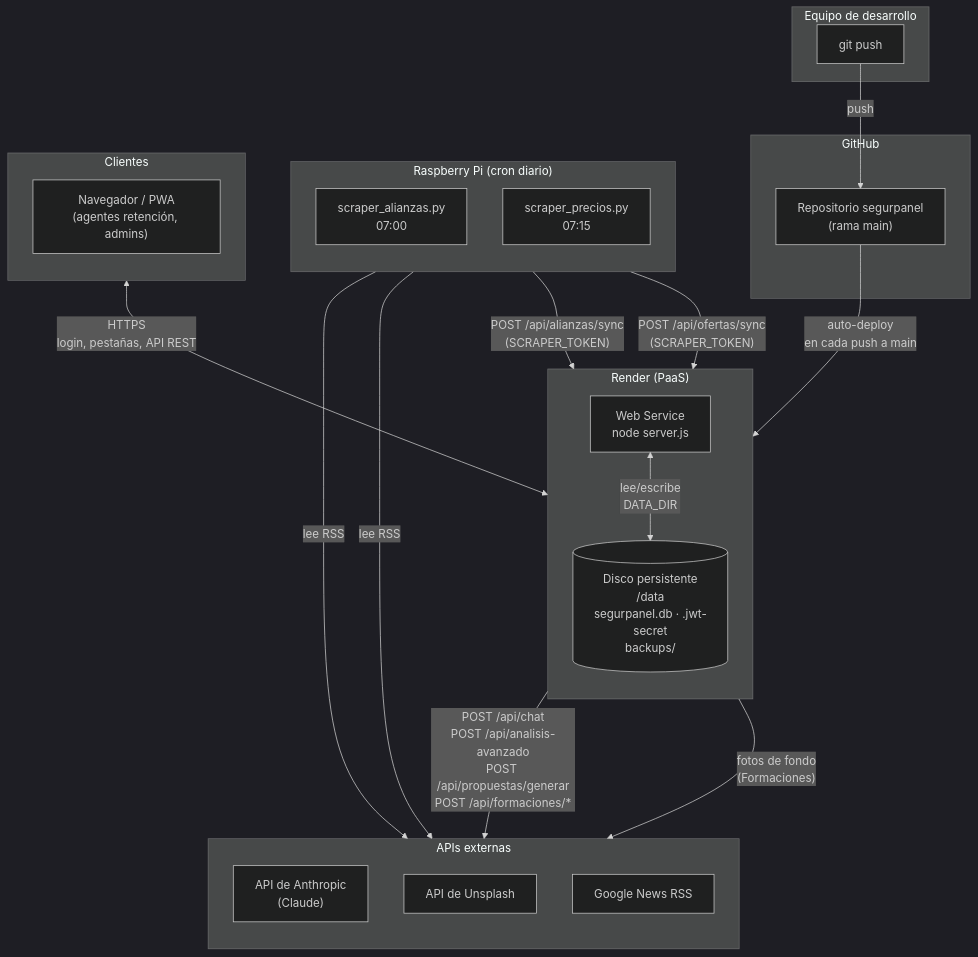
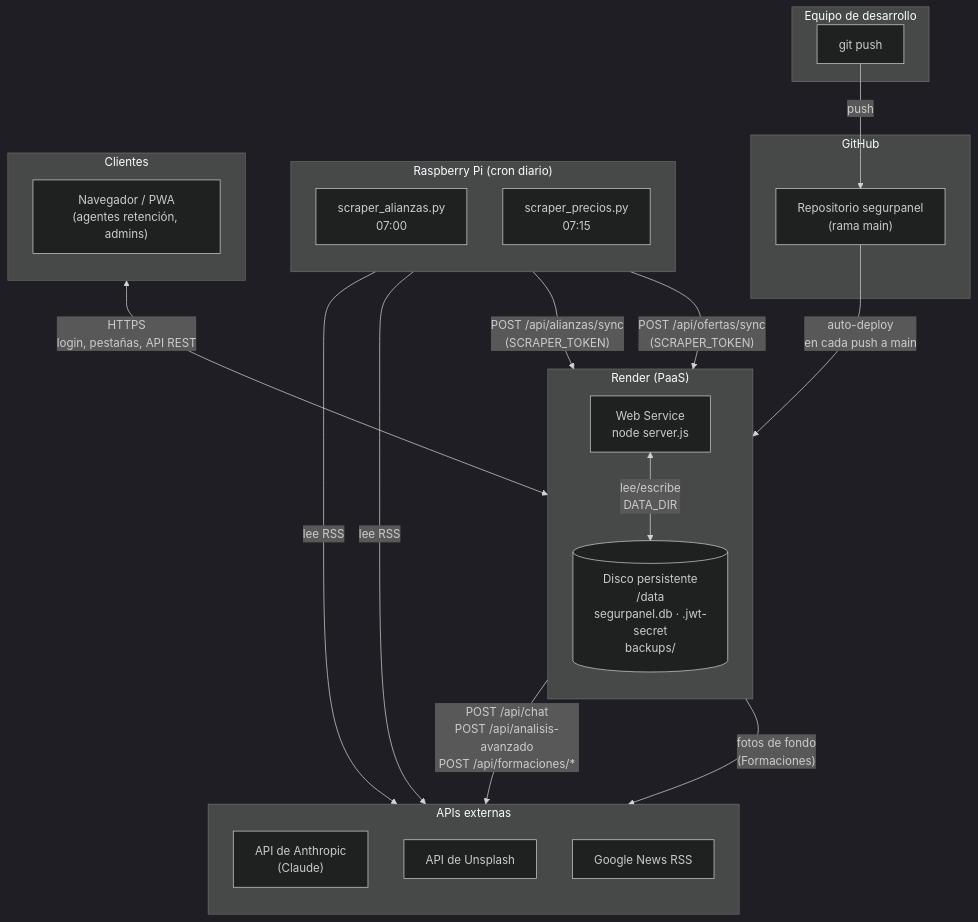
One commit to fjcantos/segurpanel changed the diagram in ARQUITECTURA.md. Above: the diagram before and after it, drawn with Mermaid (dark theme). The commit also changed other lines of this file and 4 other files, not shown here.

````diff
--- a/ARQUITECTURA.md
+++ b/ARQUITECTURA.md
@@ -12,47 +12,47 @@
 ```mermaid
 flowchart TB
     subgraph dev["Equipo de desarrollo"]
         DEV["git push"]
     end
 
     subgraph gh["GitHub"]
         REPO["Repositorio segurpanel\n(rama main)"]
     end
 
     subgraph render["Render (PaaS)"]
         direction TB
         WEB["Web Service\nnode server.js"]
         DISK[("Disco persistente\n/data\nsegurpanel.db · .jwt-secret\nbackups/")]
         WEB <-->|"lee/escribe\nDATA_DIR"| DISK
     end
 
     subgraph pi["Raspberry Pi (cron diario)"]
         direction TB
         S1["scraper_alianzas.py\n07:00"]
         S2["scraper_precios.py\n07:15"]
     end
 
     subgraph ext["APIs externas"]
         direction TB
         ANTHROPIC["API de Anthropic\n(Claude)"]
         UNSPLASH["API de Unsplash"]
         GNEWS["Google News RSS"]
     end
 
     subgraph clients["Clientes"]
         direction TB
         BROWSER["Navegador / PWA\n(agentes retención, admins)"]
     end
 
     DEV -->|push| REPO
     REPO -->|"auto-deploy\nen cada push a main"| WEB
 
     BROWSER <-->|"HTTPS\nlogin, pestañas, API REST"| WEB
-    WEB -->|"POST /api/chat\nPOST /api/analisis-avanzado\nPOST /api/propuestas/generar\nPOST /api/formaciones/*"| ANTHROPIC
+    WEB -->|"POST /api/chat\nPOST /api/analisis-avanzado\nPOST /api/formaciones/*"| ANTHROPIC
     WEB -->|"fotos de fondo\n(Formaciones)"| UNSPLASH
 
     S1 -->|"lee RSS"| GNEWS
     S2 -->|"lee RSS"| GNEWS
     S1 -->|"POST /api/alianzas/sync\n(SCRAPER_TOKEN)"| WEB
     S2 -->|"POST /api/ofertas/sync\n(SCRAPER_TOKEN)"| WEB
 ```
````
